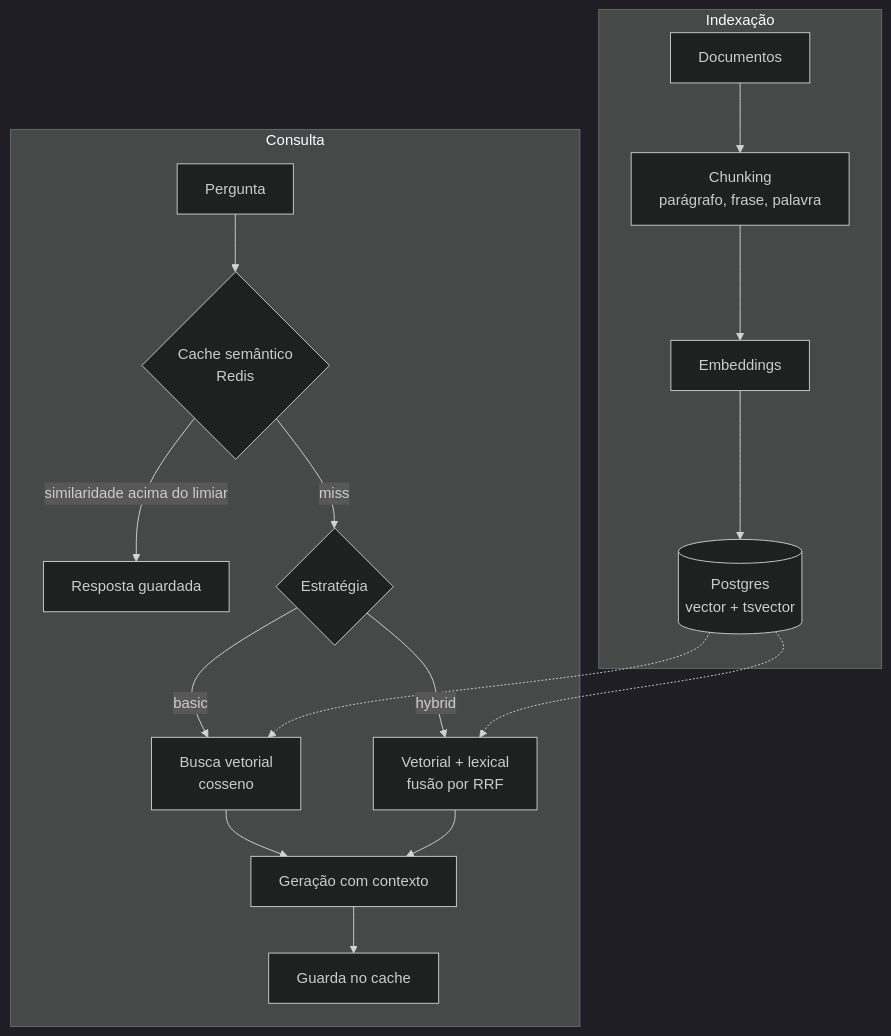
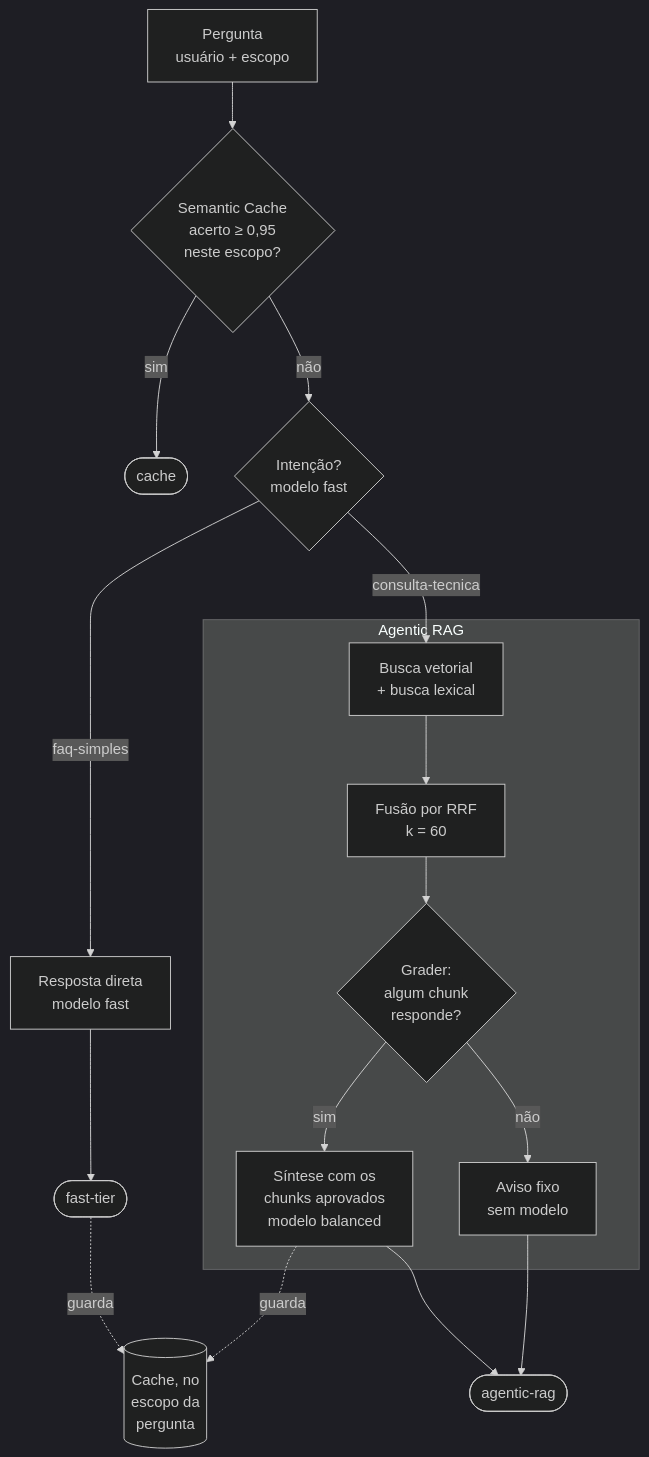
One commit to Amad3eu/ai-engineering-labs changed the diagram in labs/02-rag-patterns/README.md. Above: the diagram before and after it, drawn with Mermaid (dark theme). The commit also changed other lines of this file and 14 other files, not shown here.

First line of the commit message:
feat(lab-02): RRF explícito, cache com escopo, roteamento por intenção e Agentic RAG (#1)

````diff
--- a/labs/02-rag-patterns/README.md
+++ b/labs/02-rag-patterns/README.md
@@ -17,22 +23,23 @@
 ```mermaid
 flowchart TB
-  subgraph ingest["Indexação"]
-    D["Documentos"] --> CH["Chunking<br/>parágrafo, frase, palavra"]
-    CH --> EM["Embeddings"]
-    EM --> PG[("Postgres<br/>vector + tsvector")]
+  Q["Pergunta<br/>usuário + escopo"] --> C{"Semantic Cache<br/>acerto ≥ 0,95<br/>neste escopo?"}
+  C -->|"sim"| HIT(["cache"])
+  C -->|"não"| I{"Intenção?<br/>modelo fast"}
+
+  I -->|"faq-simples"| F["Resposta direta<br/>modelo fast"]
+  F --> FAST(["fast-tier"])
+
+  I -->|"consulta-tecnica"| H
+
+  subgraph agentic["Agentic RAG"]
+    H["Busca vetorial<br/>+ busca lexical"] --> R["Fusão por RRF<br/>k = 60"]
+    R --> G{"Grader:<br/>algum chunk<br/>responde?"}
+    G -->|"sim"| S["Síntese com os<br/>chunks aprovados<br/>modelo balanced"]
+    G -->|"não"| FB["Aviso fixo<br/>sem modelo"]
   end
 
-  subgraph query["Consulta"]
-    Q["Pergunta"] --> SC{"Cache semântico<br/>Redis"}
-    SC -->|"similaridade acima do limiar"| HIT["Resposta guardada"]
-    SC -->|"miss"| ST{"Estratégia"}
-    ST -->|"basic"| V["Busca vetorial<br/>cosseno"]
-    ST -->|"hybrid"| H["Vetorial + lexical<br/>fusão por RRF"]
-    V --> G["Geração com contexto"]
-    H --> G
-    G --> SAVE["Guarda no cache"]
-  end
-
-  PG -.-> V
-  PG -.-> H
+  S --> RAG(["agentic-rag"])
+  FB --> RAG
+  FAST -.->|"guarda"| SAVE[("Cache, no<br/>escopo da<br/>pergunta")]
+  S -.->|"guarda"| SAVE
 ```
````
